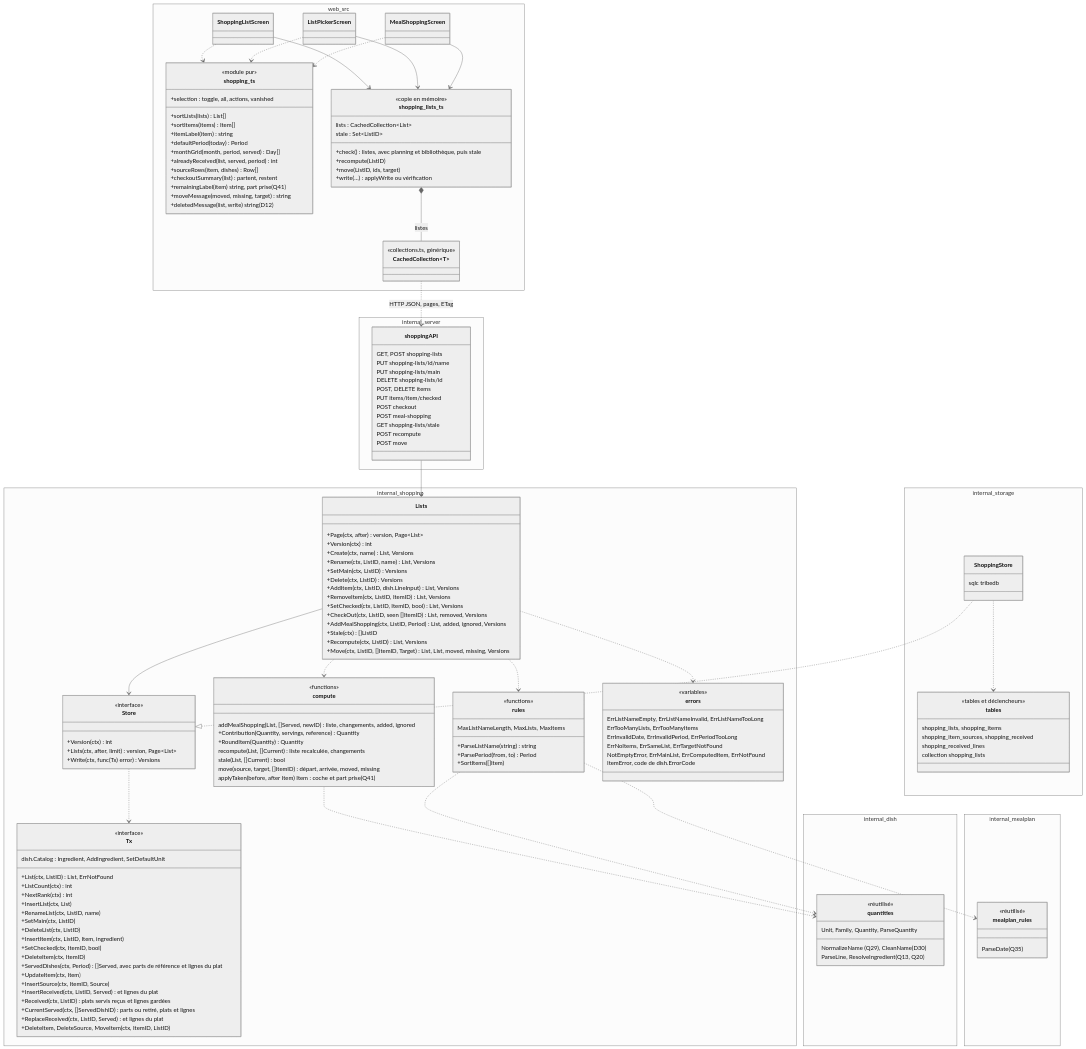
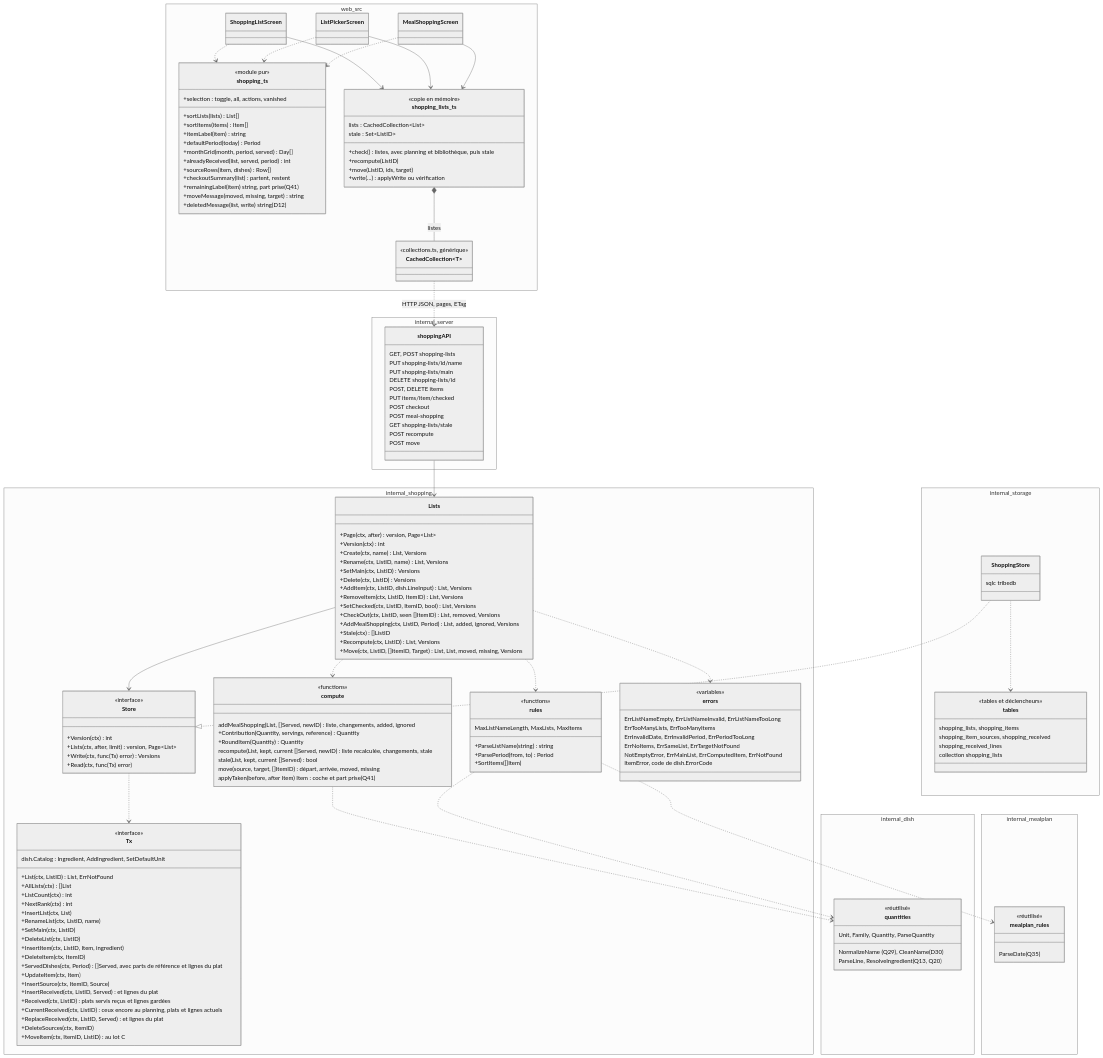
One commit to nelt/tribe-menus changed the second of 7 diagrams in docs/conception/listes-de-courses.md. Above: the diagram before and after it, drawn with Mermaid (neutral theme). The commit also changed other lines of this file and 3 other files, not shown here.

```diff
--- a/docs/conception/listes-de-courses.md
+++ b/docs/conception/listes-de-courses.md
@@ -162,11 +162,13 @@
             +Version(ctx) int
             +Lists(ctx, after, limit) version, Page~List~
             +Write(ctx, func(Tx) error) Versions
+            +Read(ctx, func(Tx) error)
         }
         class Tx {
             <<interface>>
             dish.Catalog : Ingredient, AddIngredient, SetDefaultUnit
             +List(ctx, ListID) List, ErrNotFound
+            +AllLists(ctx) []List
             +ListCount(ctx) int
             +NextRank(ctx) int
             +InsertList(ctx, List)
@@ -174,24 +176,24 @@
             +SetMain(ctx, ListID)
             +DeleteList(ctx, ListID)
             +InsertItem(ctx, ListID, Item, ingredient)
-            +SetChecked(ctx, ItemID, bool)
             +DeleteItem(ctx, ItemID)
             +ServedDishes(ctx, Period) []Served, avec parts de référence et lignes du plat
             +UpdateItem(ctx, Item)
             +InsertSource(ctx, ItemID, Source)
             +InsertReceived(ctx, ListID, Served) et lignes du plat
             +Received(ctx, ListID) plats servis reçus et lignes gardées
-            +CurrentServed(ctx, []ServedDishID) parts ou retiré, plats et lignes
+            +CurrentReceived(ctx, ListID) ceux encore au planning, plats et lignes actuels
             +ReplaceReceived(ctx, ListID, Served) et lignes du plat
-            +DeleteItem, DeleteSource, MoveItem(ctx, ItemID, ListID)
+            +DeleteSources(ctx, ItemID)
+            +MoveItem(ctx, ItemID, ListID) au lot C
         }
         class compute {
             <<functions>>
             addMealShopping(List, []Served, newID) liste, changements, added, ignored
             +Contribution(Quantity, servings, reference) Quantity
             +RoundItem(Quantity) Quantity
-            recompute(List, []Current) liste recalculée, changements
-            stale(List, []Current) bool
+            recompute(List, kept, current []Served, newID) liste recalculée, changements, stale
+            stale(List, kept, current []Served) bool
             move(source, target, []ItemID) départ, arrivée, moved, missing
             applyTaken(before, after Item) Item : coche et part prise (Q41)
         }
```
